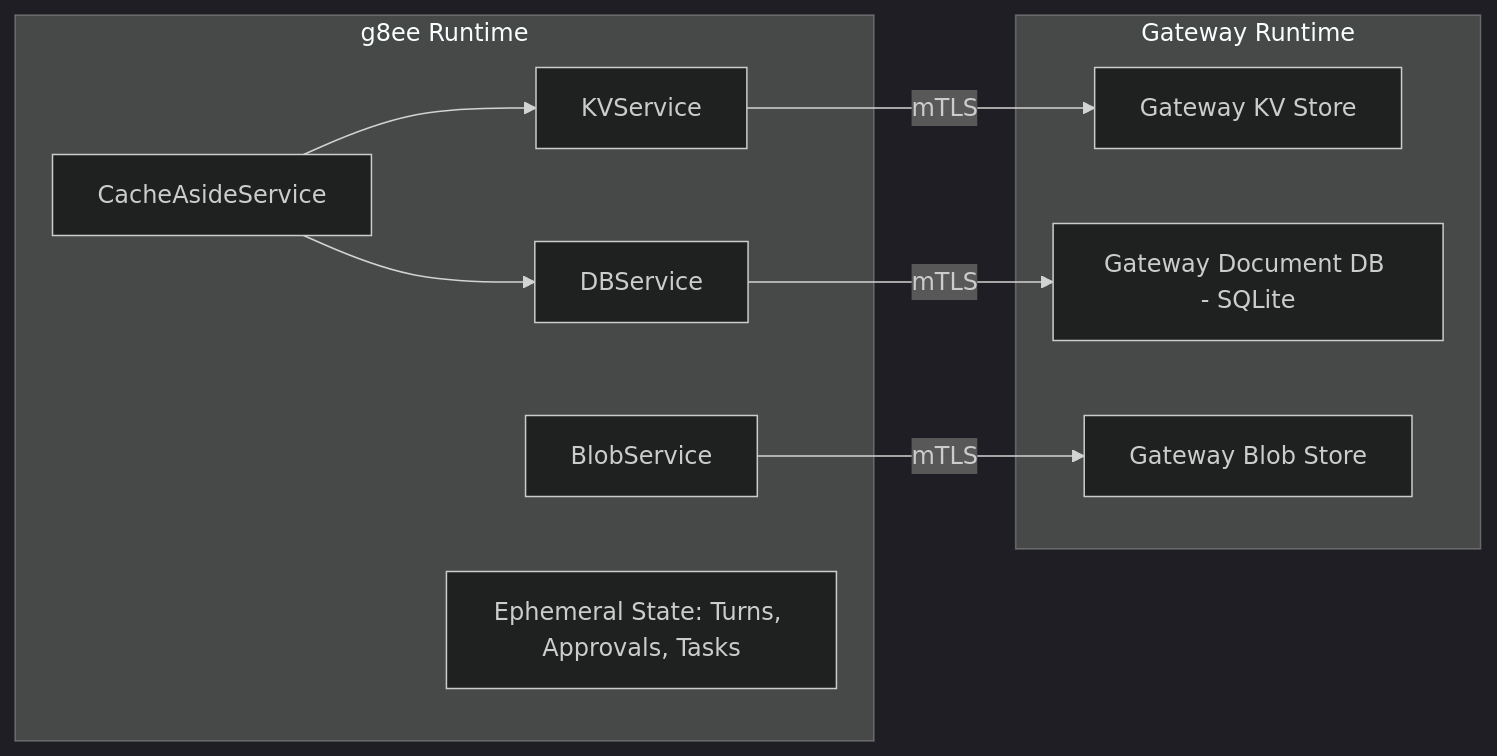
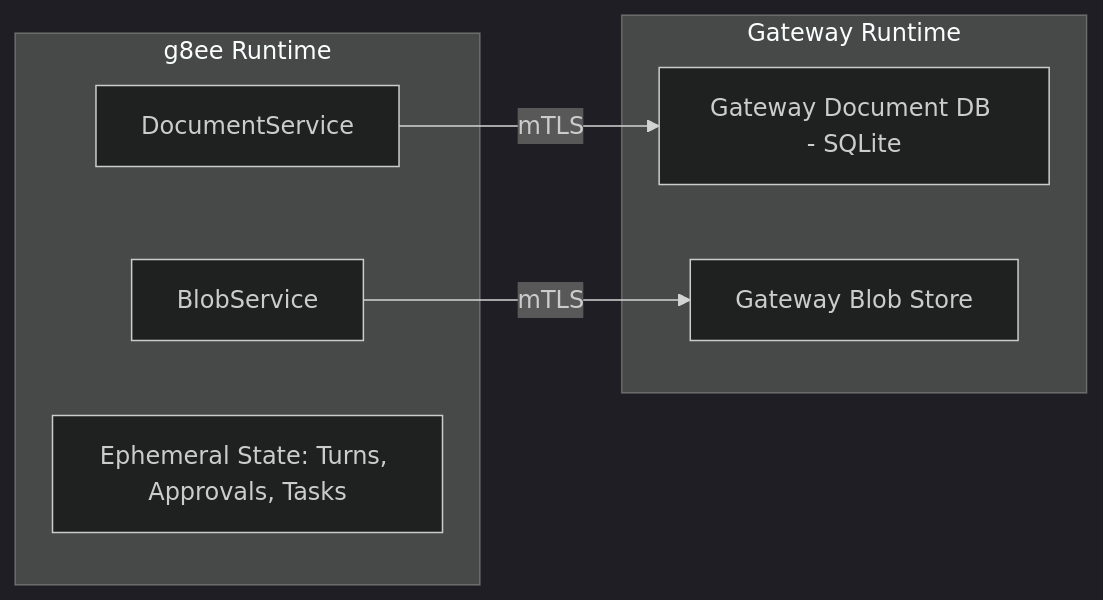
One commit to g8e-ai/g8e changed the fifth of 6 diagrams in docs/architecture/ensemble.md. Above: the diagram before and after it, drawn with Mermaid (dark theme). The commit also changed other lines of this file and 25 other files, not shown here.

````diff
--- a/docs/architecture/ensemble.md
+++ b/docs/architecture/ensemble.md
@@ -346,19 +345,14 @@
 ```mermaid
 flowchart LR
     subgraph g8ee Runtime
-        CacheAside[CacheAsideService]
-        KVSvc[KVService]
-        DBSvc[DBService]
+        DocSvc[DocumentService]
         BlobSvc[BlobService]
         MemState[Ephemeral State: Turns, Approvals, Tasks]
     end
     subgraph Gateway Runtime
-        GWKV[Gateway KV Store]
         GWDoc[Gateway Document DB - SQLite]
         GWBlob[Gateway Blob Store]
     end
-    CacheAside --> KVSvc & DBSvc
-    KVSvc -->|mTLS| GWKV
-    DBSvc -->|mTLS| GWDoc
+    DocSvc -->|mTLS| GWDoc
     BlobSvc -->|mTLS| GWBlob
 ```
````
